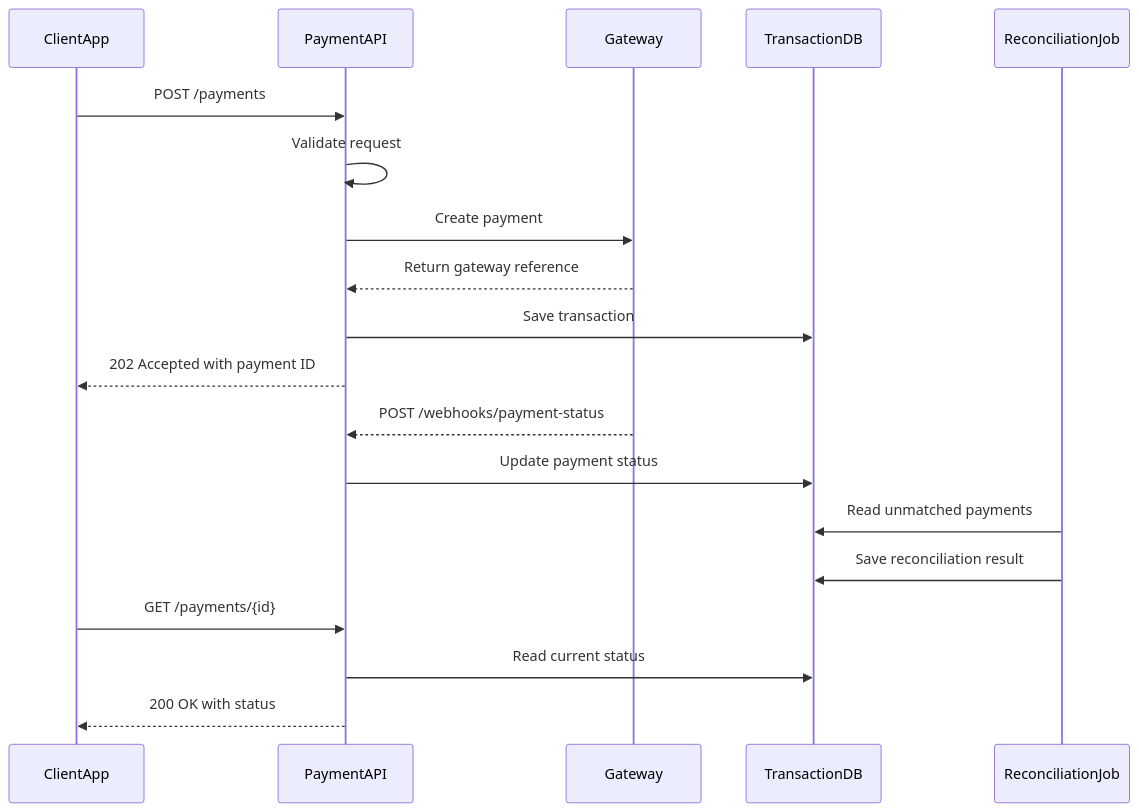
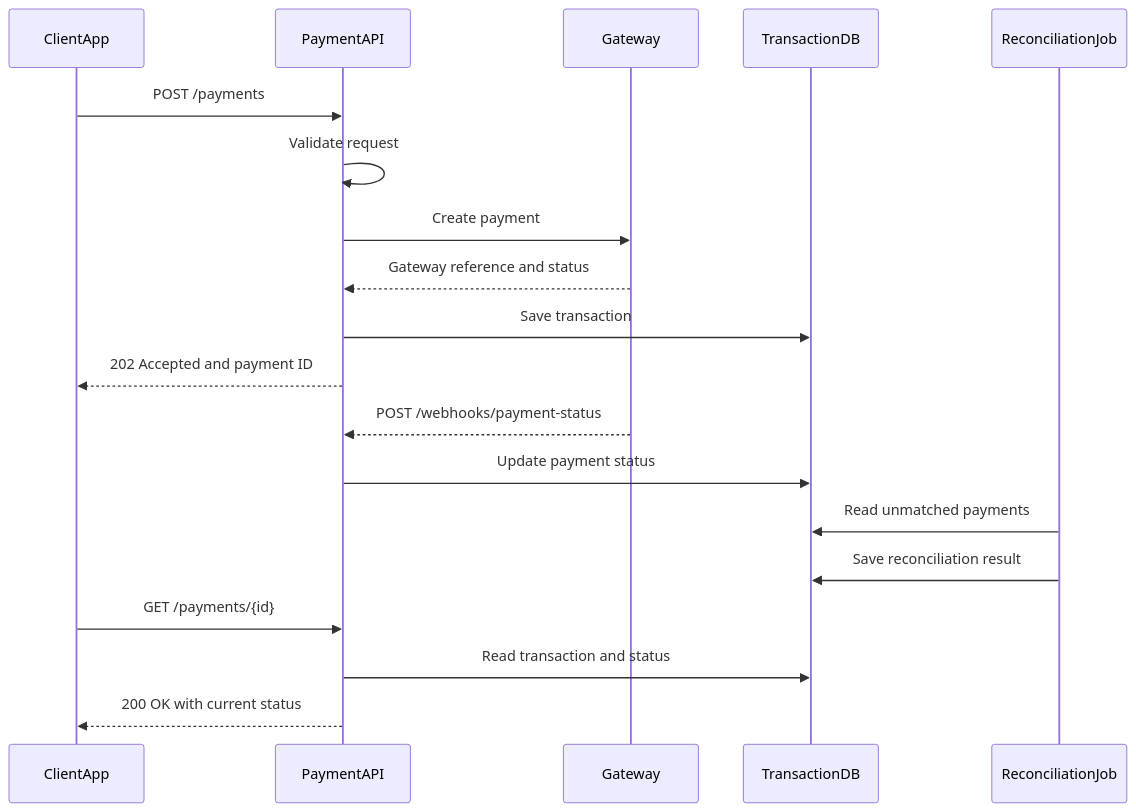
Before and after one commit to reddygautam98/GautamTheAnalyst.io: the diagram in docs/samples/diagrams/Payment_API_Sequence.mmd, drawn with Mermaid. The commit also changed 45 other files, not shown here.

```diff
--- a/docs/samples/diagrams/Payment_API_Sequence.mmd
+++ b/docs/samples/diagrams/Payment_API_Sequence.mmd
@@ -1,19 +1,19 @@
 sequenceDiagram
-    participant ClientApp
-    participant PaymentAPI
-    participant Gateway
-    participant TransactionDB
-    participant ReconciliationJob
-    ClientApp->>PaymentAPI: POST /payments
-    PaymentAPI->>PaymentAPI: Validate request
-    PaymentAPI->>Gateway: Create payment
-    Gateway-->>PaymentAPI: Return gateway reference
-    PaymentAPI->>TransactionDB: Save transaction
-    PaymentAPI-->>ClientApp: 202 Accepted with payment ID
-    Gateway-->>PaymentAPI: POST /webhooks/payment-status
-    PaymentAPI->>TransactionDB: Update payment status
-    ReconciliationJob->>TransactionDB: Read unmatched payments
-    ReconciliationJob->>TransactionDB: Save reconciliation result
-    ClientApp->>PaymentAPI: GET /payments/{id}
-    PaymentAPI->>TransactionDB: Read current status
-    PaymentAPI-->>ClientApp: 200 OK with status
+  participant ClientApp
+  participant PaymentAPI
+  participant Gateway
+  participant TransactionDB
+  participant ReconciliationJob
+  ClientApp->>PaymentAPI: POST /payments
+  PaymentAPI->>PaymentAPI: Validate request
+  PaymentAPI->>Gateway: Create payment
+  Gateway-->>PaymentAPI: Gateway reference and status
+  PaymentAPI->>TransactionDB: Save transaction
+  PaymentAPI-->>ClientApp: 202 Accepted and payment ID
+  Gateway-->>PaymentAPI: POST /webhooks/payment-status
+  PaymentAPI->>TransactionDB: Update payment status
+  ReconciliationJob->>TransactionDB: Read unmatched payments
+  ReconciliationJob->>TransactionDB: Save reconciliation result
+  ClientApp->>PaymentAPI: GET /payments/{id}
+  PaymentAPI->>TransactionDB: Read transaction and status
+  PaymentAPI-->>ClientApp: 200 OK with current status
```
